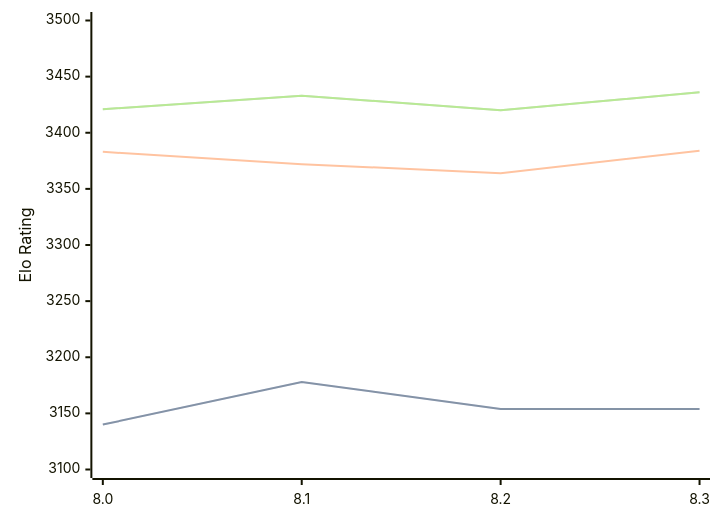
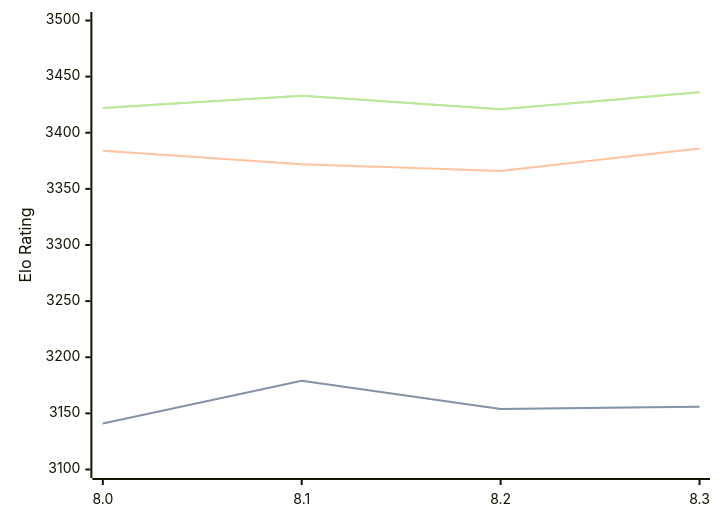
Before and after one commit to computer-chess-index/cci: the diagram in engines/Alexander.md, drawn with Mermaid. The commit also changed other lines of this file, not shown here.

Commit message:
Update CCI Ratings (ELO VLTC) - 2026-09-13

````diff
--- a/engines/Alexander.md
+++ b/engines/Alexander.md
@@ -34,11 +34,11 @@
 ```mermaid
 %%{init: {"theme":"base","themeVariables":{"seriesColors:['#a3a3a3','#222221','#faa371']}}}%%
 xychart-beta
   x-axis ["8.0", "8.1", "8.2", "8.3"]
   y-axis "Elo Rating" 3100 --> 3500
-  line "" [3140, 3178, 3154, 3154]
-  line "STC (8.0+0.08s)" [3140, 3178, 3154, 3154]
-  line "LTC (60.0+0.60s)" [3383, 3372, 3364, 3384]
-  line "" [3421, 3433, 3420, 3436]
-  line "VLTC (2m24s+1.12s)" [3421, 3433, 3420, 3436]
+  line "" [3141, 3179, 3154, 3156]
+  line "STC (8.0+0.08s)" [3141, 3179, 3154, 3156]
+  line "LTC (60.0+0.60s)" [3384, 3372, 3366, 3386]
+  line "" [3422, 3433, 3421, 3436]
+  line "VLTC (2m24s+1.12s)" [3422, 3433, 3421, 3436]
 ```
````
